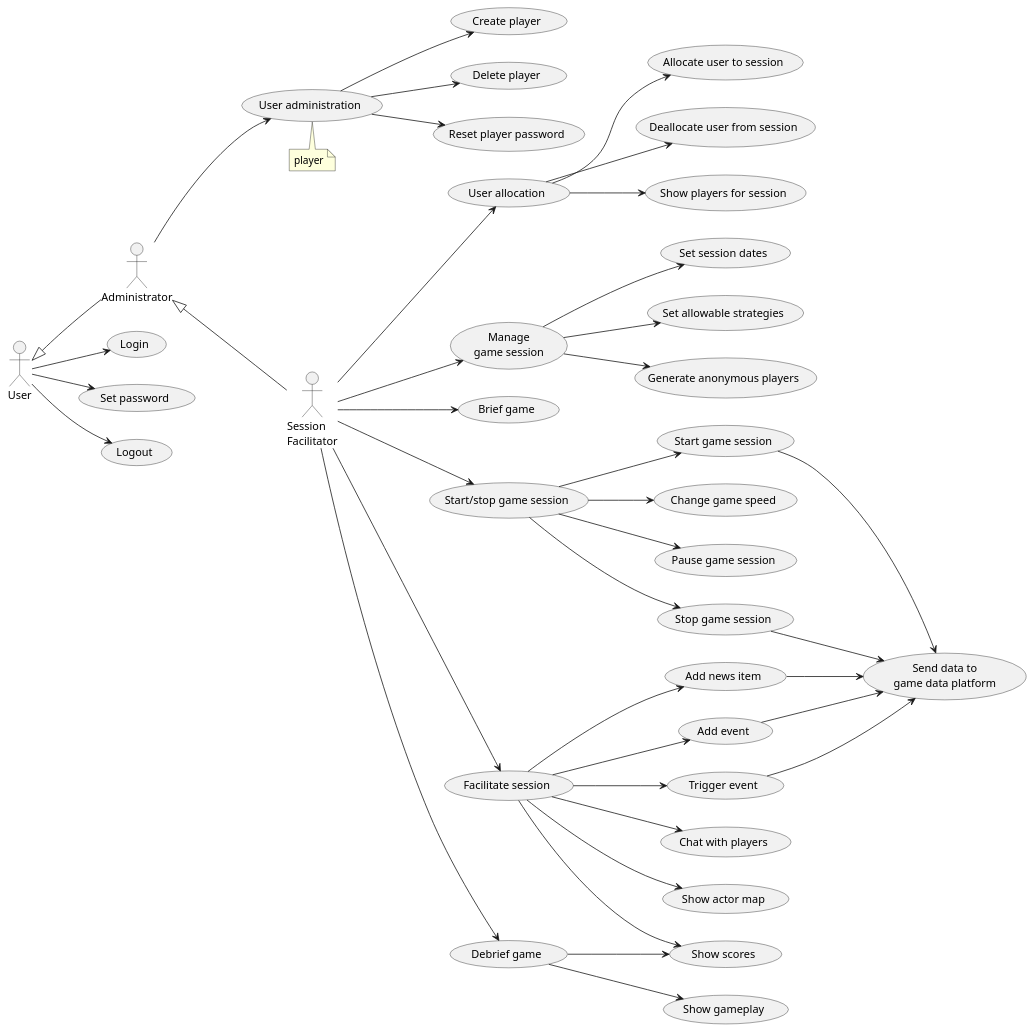
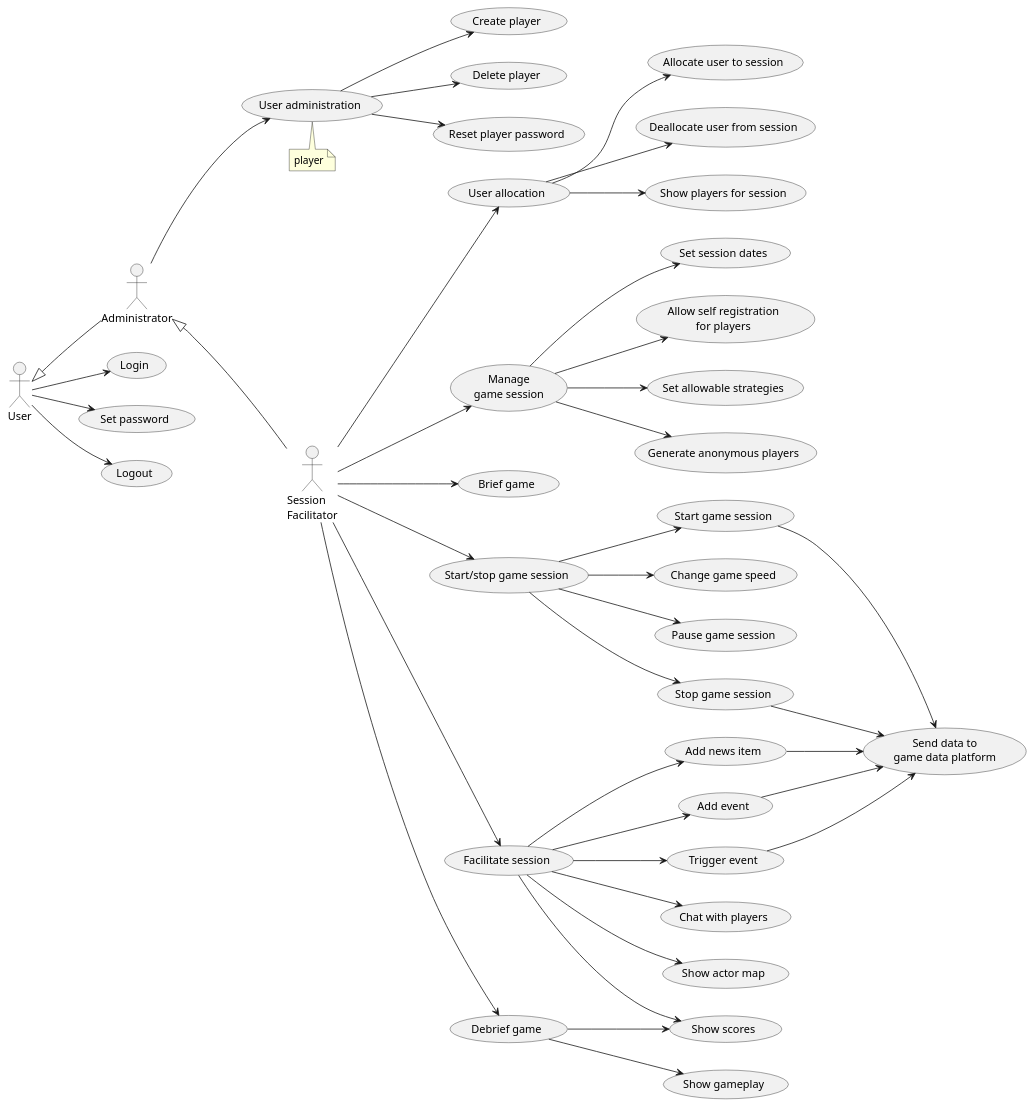
One commit to averbraeck/gscg-design changed the diagram in doc/2-use-cases/diagrams/session-facilitation.puml. Above: the diagram before and after it, drawn with PlantUML. The commit also changed 1 other file, not shown here.

Commit message:
Issue #26. Allow facilitator to set player self registration

```diff
--- a/doc/2-use-cases/diagrams/session-facilitation.puml
+++ b/doc/2-use-cases/diagrams/session-facilitation.puml
@@ -1,58 +1,59 @@
 @startuml
 left to right direction
  
 "Session\nFacilitator" as SF
 User <|-- Administrator
 Administrator <|-- SF
 
 User --> (Login)
 User --> (Set password)
 User --> (Logout)
 
 Administrator --> (User administration)
 note bottom
   player
 end note
 
 (User administration) --> (Create player)
 (User administration) --> (Delete player)
 (User administration) --> (Reset player password)
 
 SF --> (User allocation)
 (User allocation) --> (Allocate user to session)
 (User allocation) --> (Deallocate user from session)
 (User allocation) --> (Show players for session)
 
 "Manage\ngame session" as (Manage)
 SF --> Manage
 Manage --> (Set session dates)
+Manage --> (Allow self registration\nfor players)
 Manage --> (Set allowable strategies)
 Manage --> (Generate anonymous players)
 
 SF --> (Brief game)
 
 SF --> (Start/stop game session)
 (Start/stop game session) --> (Start game session)
 (Start/stop game session) --> (Change game speed)
 (Start/stop game session) --> (Pause game session)
 (Start/stop game session) --> (Stop game session)
 
 SF --> (Facilitate session)
 (Facilitate session) --> (Add news item)
 (Facilitate session) --> (Add event)
 (Facilitate session) --> (Trigger event)
 (Facilitate session) --> (Chat with players)
 (Facilitate session) --> (Show actor map)
 (Facilitate session) --> (Show scores)
 
 (Start game session) --> (Send data to\ngame data platform)
 (Add news item) --> (Send data to\ngame data platform)
 (Add event) --> (Send data to\ngame data platform)
 (Trigger event) --> (Send data to\ngame data platform)
 (Stop game session) --> (Send data to\ngame data platform)
 
 SF --> (Debrief game)
 (Debrief game) --> (Show scores)
 (Debrief game) --> (Show gameplay)
 
 @enduml
```
